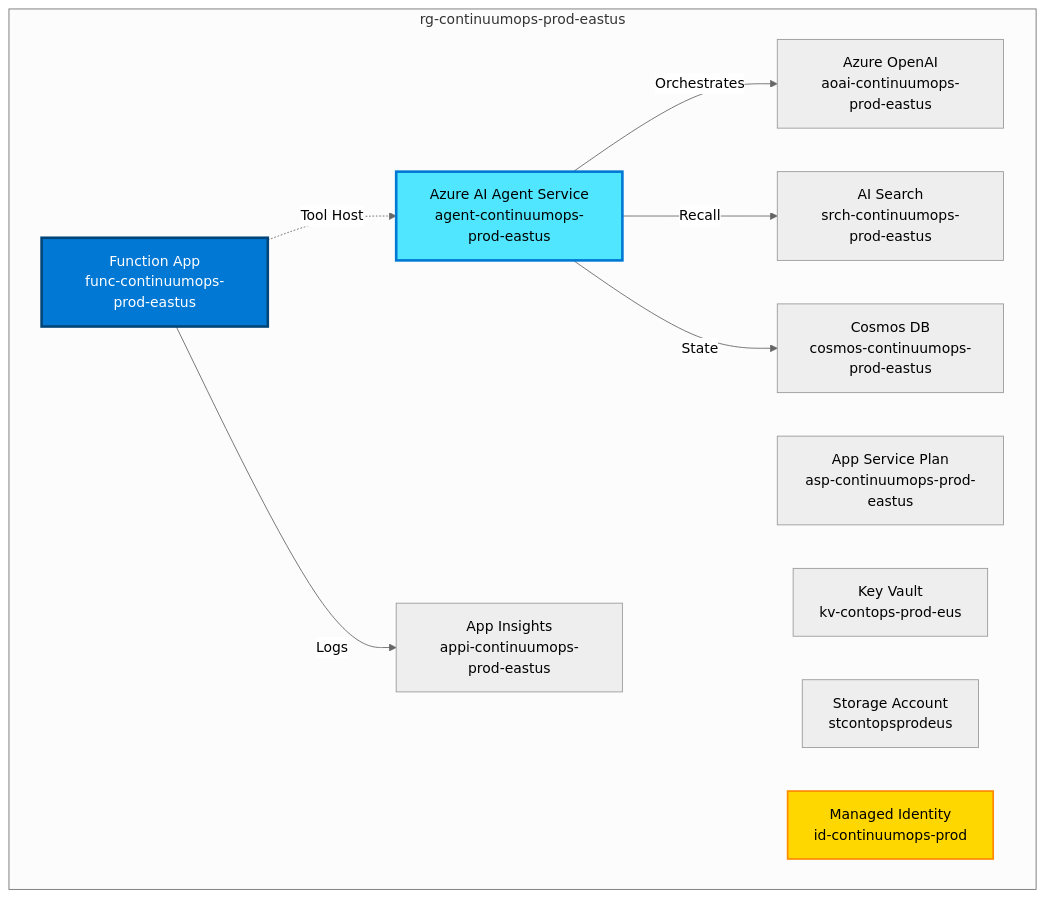
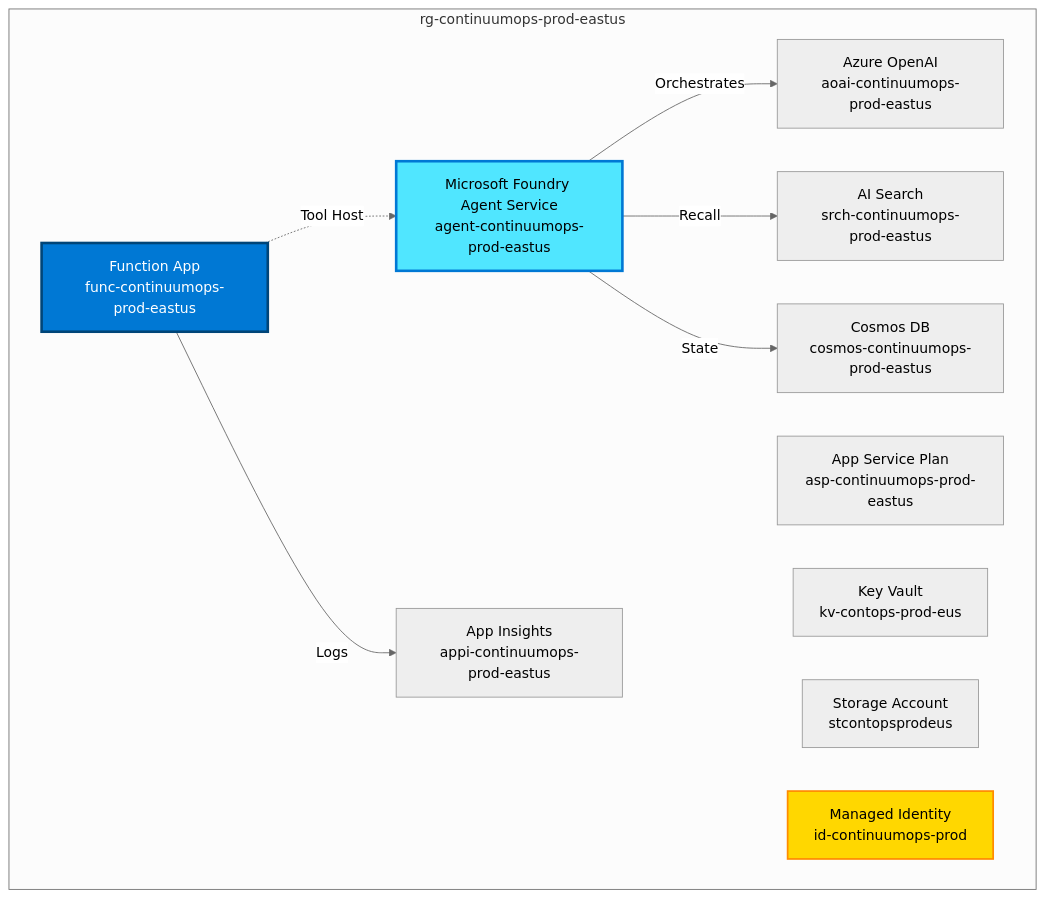
Before and after one commit to mayankgupta7673/Continuum-Ops: the first of 2 diagrams in docs/02-Deployment-Guide.md, drawn with Mermaid (neutral theme). The commit also changed 48 other files, not shown here.

Commit message:
Updating Initial Code and Flow

````diff
--- a/docs/02-Deployment-Guide.md
+++ b/docs/02-Deployment-Guide.md
@@ -67,25 +67,25 @@
 ```mermaid
 graph TB
     subgraph ResourceGroup[rg-continuumops-prod-eastus]
         FUNC["Function App<br/>func-continuumops-prod-eastus"]
         PLAN["App Service Plan<br/>asp-continuumops-prod-eastus"]
         COSMOS["Cosmos DB<br/>cosmos-continuumops-prod-eastus"]
-        AGENT["Azure AI Agent Service<br/>agent-continuumops-prod-eastus"]
+        AGENT["Microsoft Foundry Agent Service<br/>agent-continuumops-prod-eastus"]
         OPENAI["Azure OpenAI<br/>aoai-continuumops-prod-eastus"]
         SEARCH["AI Search<br/>srch-continuumops-prod-eastus"]
         INSIGHTS["App Insights<br/>appi-continuumops-prod-eastus"]
         KV["Key Vault<br/>kv-contops-prod-eus"]
         STORAGE["Storage Account<br/>stcontopsprodeus"]
         MI["Managed Identity<br/>id-continuumops-prod"]
     end
     
     FUNC -.->|Tool Host| AGENT
     AGENT -->|Orchestrates| OPENAI
     AGENT -->|Recall| SEARCH
     AGENT -->|State| COSMOS
     FUNC -->|Logs| INSIGHTS
     
     style FUNC fill:#0078d4,stroke:#004578,stroke-width:3px,color:#fff
     style AGENT fill:#50e6ff,stroke:#0078d4,stroke-width:3px
     style MI fill:#FFD700,stroke:#FF8C00,stroke-width:2px
 ```
````
